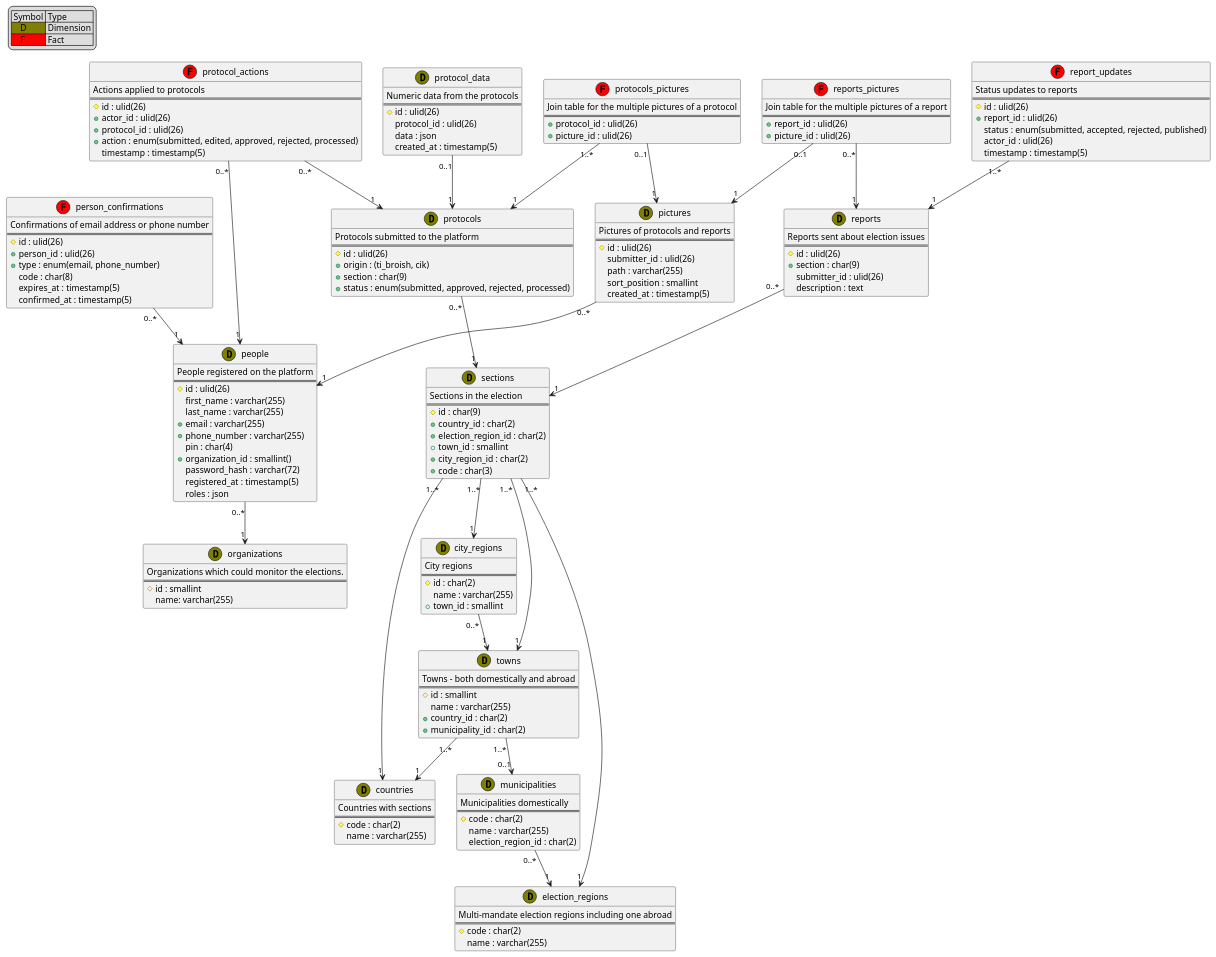
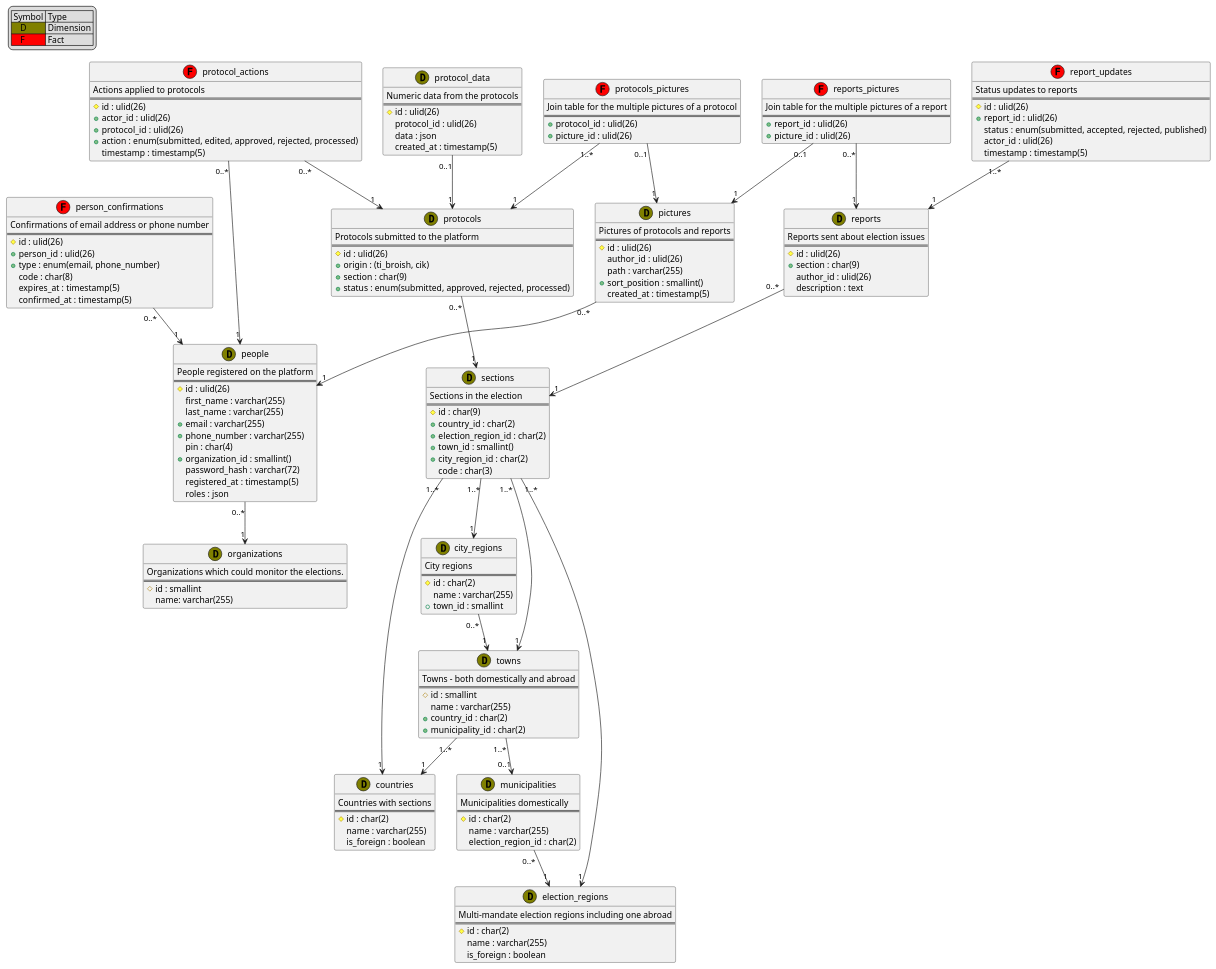
The diagram in src/Контекст/Ти Броиш/База Данни/1.database.puml (ti-broish/docs), drawn with PlantUML before and after one commit.

Commit message:
Unify style in db schema

```diff
--- a/src/Контекст/Ти Броиш/База Данни/1.database.puml
+++ b/src/Контекст/Ти Броиш/База Данни/1.database.puml
@@ -1,197 +1,199 @@
 @startuml database
 
 legend top left
     | Symbol | Type |
     |<#808000>    D| Dimension |
     |<#FF0000>    F| Fact |
 end legend
 
 class people <<(D,olive)>> {
   People registered on the platform
   ==
   #id : ulid(26)
   first_name : varchar(255)
   last_name : varchar(255)
   +email : varchar(255)
   +phone_number : varchar(255)
   pin : char(4)
   +organization_id : smallint()
   password_hash : varchar(72)
   registered_at : timestamp(5)
   roles : json
 }
 
 person_confirmations "0..*" --> "1" people
 people "0..*" --> "1" organizations
 
 class organizations <<(D,olive)>> {
     Organizations which could monitor the elections.
     ==
     #id : smallint
     name: varchar(255)
 }
 
 class person_confirmations <<(F,red)>> {
     Confirmations of email address or phone number
     ==
     #id : ulid(26)
     +person_id : ulid(26)
     +type : enum(email, phone_number)
     code : char(8)
     expires_at : timestamp(5)
     confirmed_at : timestamp(5)
 }
 
 class sections <<(D,olive)>> {
     Sections in the election
     ==
     #id : char(9)
     +country_id : char(2)
     +election_region_id : char(2)
-    +town_id : smallint
+    +town_id : smallint()
     +city_region_id : char(2)
-    +code : char(3)
+    code : char(3)
 }
 
 sections "1..*" --> "1" countries
 sections "1..*" --> "1" election_regions
 sections "1..*" --> "1" city_regions
 sections "1..*" --> "1" towns
 
 class protocols <<(D,olive)>> {
     Protocols submitted to the platform
     ==
     #id : ulid(26)
     +origin : (ti_broish, cik)
     +section : char(9)
     +status : enum(submitted, approved, rejected, processed)
 }
 
 protocols "0..*" --> "1" sections
 
 class protocol_data <<(D,olive)>> {
     Numeric data from the protocols
     ==
     #id : ulid(26)
     protocol_id : ulid(26)
     data : json
     created_at : timestamp(5)
 }
 
 protocol_data "0..1" --> "1" protocols
 
 class protocol_actions <<(F,red)>> {
     Actions applied to protocols
     ==
     #id : ulid(26)
     +actor_id : ulid(26)
     +protocol_id : ulid(26)
     +action : enum(submitted, edited, approved, rejected, processed)
     timestamp : timestamp(5)
 }
 
 protocol_actions "0..*" --> "1" protocols
 protocol_actions "0..*" --> "1" people
 
 class reports <<(D,olive)>> {
     Reports sent about election issues
     ==
     #id : ulid(26)
     +section : char(9)
-    submitter_id : ulid(26)
+    author_id : ulid(26)
     description : text
 }
 
 reports "0..*" --> "1" sections
 
 class report_updates <<(F,red)>> {
     Status updates to reports
     ==
     #id : ulid(26)
     +report_id : ulid(26)
     status : enum(submitted, accepted, rejected, published)
     actor_id : ulid(26)
     timestamp : timestamp(5)
 }
 
 report_updates "1..*" --> "1" reports
 
 class pictures <<(D,olive)>> {
     Pictures of protocols and reports
     ==
     #id : ulid(26)
-    submitter_id : ulid(26)
+    author_id : ulid(26)
     path : varchar(255)
-    sort_position : smallint
+    +sort_position : smallint()
     created_at : timestamp(5)
 }
 
 pictures "0..*" --> "1" people
 
 class reports_pictures <<(F,red)>> {
     Join table for the multiple pictures of a report
     ==
     +report_id : ulid(26)
     +picture_id : ulid(26)
 }
 
 reports_pictures "0..1" --> "1" pictures
 reports_pictures "0..*" --> "1" reports
 
 class protocols_pictures <<(F,red)>> {
     Join table for the multiple pictures of a protocol
     ==
     +protocol_id : ulid(26)
     +picture_id : ulid(26)
 }
 
 protocols_pictures "0..1" --> "1" pictures
 protocols_pictures "1..*" --> "1" protocols
 
 class election_regions <<(D,olive)>> {
     Multi-mandate election regions including one abroad
     ==
-    #code : char(2)
+    #id : char(2)
     name : varchar(255)
+    is_foreign : boolean
 }
 
 class countries <<(D,olive)>> {
     Countries with sections
     ==
-    #code : char(2)
+    #id : char(2)
     name : varchar(255)
+    is_foreign : boolean
 }
 
 class municipalities <<(D,olive)>> {
     Municipalities domestically
     ==
-    #code : char(2)
+    #id : char(2)
     name : varchar(255)
     election_region_id : char(2)
 }
 
 municipalities "0..*" --> "1" election_regions
 
 class towns <<(D,olive)>> {
     Towns - both domestically and abroad
     ==
     #id : smallint
     name : varchar(255)
     +country_id : char(2)
     +municipality_id : char(2)
 }
 
 towns "1..*" --> "1" countries
 towns "1..*" --> "0..1" municipalities
 
 class city_regions <<(D,olive)>> {
     City regions
     ==
     #id : char(2)
     name : varchar(255)
     +town_id : smallint
 }
 
 city_regions "0..*" --> "1" towns
 
 @enduml
```
